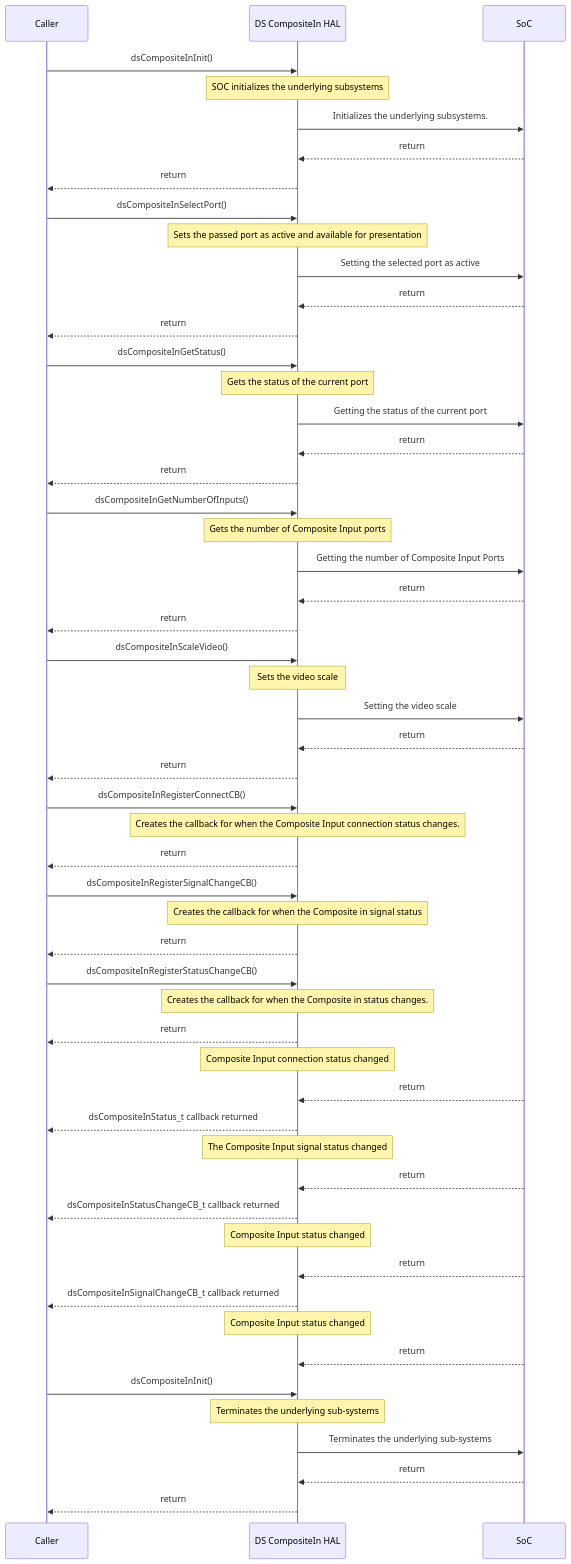
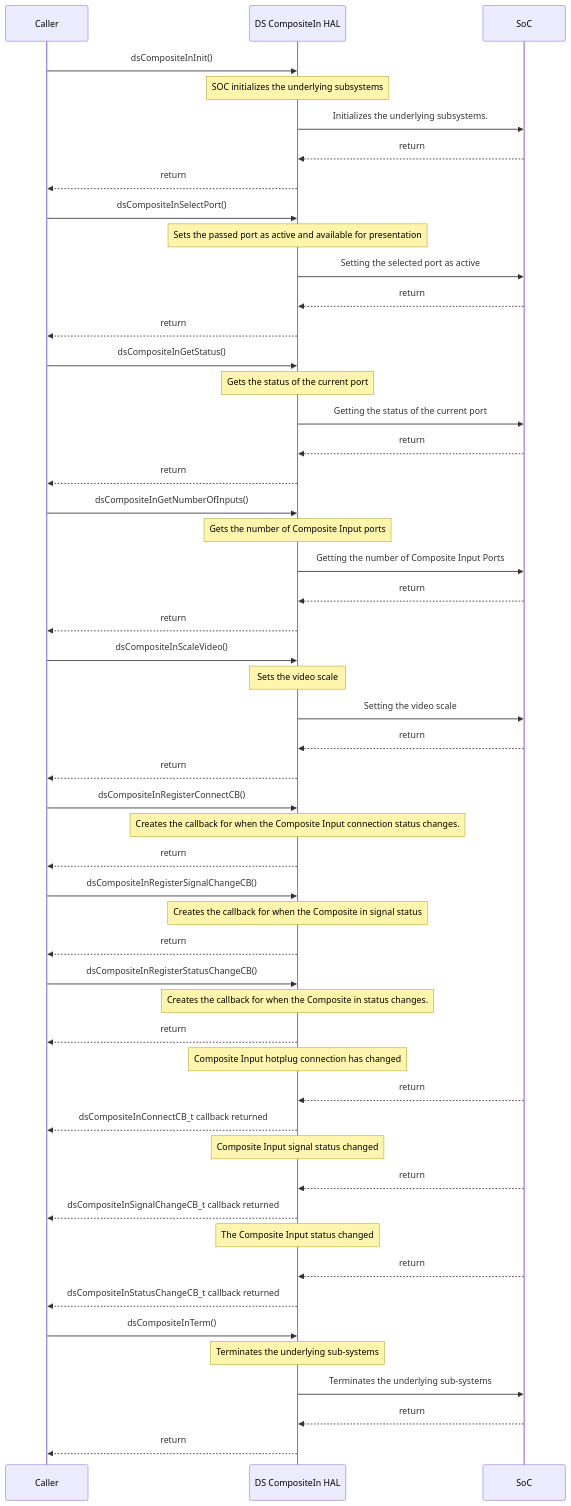
Before and after one commit to rdkcentral/rdk-halif-device_settings: the second of 2 diagrams in docs/pages/ds-composite-in_halSpec.md, drawn with Mermaid. The commit also changed other lines of this file and 2 other files, not shown here.

Commit message:
Update addressing compositeIn comments

````diff
--- a/docs/pages/ds-composite-in_halSpec.md
+++ b/docs/pages/ds-composite-in_halSpec.md
@@ -174,57 +173,55 @@
 ```mermaid
 %%{ init : { "theme" : "default", "flowchart" : { "curve" : "stepBefore" }}}%%
    sequenceDiagram
     participant Caller as Caller
     participant HAL as DS CompositeIn HAL
     participant Driver as SoC
     Caller->>HAL:dsCompositeInInit()
     Note over HAL: SOC initializes the underlying subsystems
     HAL->>Driver:Initializes the underlying subsystems.
     Driver-->>HAL:return
     HAL-->>Caller:return
     Caller->>HAL:dsCompositeInSelectPort()
     Note over HAL: Sets the passed port as active and available for presentation
     HAL->>Driver:Setting the selected port as active
     Driver-->>HAL:return
     HAL-->>Caller:return
     Caller->>HAL:dsCompositeInGetStatus()
     Note over HAL: Gets the status of the current port
     HAL->>Driver:Getting the status of the current port
     Driver-->>HAL:return
     HAL-->>Caller:return
     Caller->>HAL:dsCompositeInGetNumberOfInputs()
     Note over HAL: Gets the number of Composite Input ports
     HAL->>Driver:Getting the number of Composite Input Ports
     Driver-->>HAL:return
     HAL-->>Caller:return
     Caller->>HAL:dsCompositeInScaleVideo()
     Note over HAL: Sets the video scale
     HAL->>Driver:Setting the video scale
     Driver-->>HAL:return
     HAL-->>Caller:return
     Caller->>HAL:dsCompositeInRegisterConnectCB()
     Note over HAL: Creates the callback for when the Composite Input connection status changes.
     HAL-->>Caller:return
     Caller->>HAL:dsCompositeInRegisterSignalChangeCB()
     Note over HAL: Creates the callback for when the Composite in signal status 
     HAL-->>Caller:return
     Caller->>HAL:dsCompositeInRegisterStatusChangeCB()
     Note over HAL: Creates the callback for when the Composite in status changes.
     HAL-->>Caller:return
-    Note over HAL: Composite Input connection status changed
+    Note over HAL: Composite Input hotplug connection has changed
     Driver-->>HAL:return
-    HAL-->>Caller:dsCompositeInStatus_t callback returned
-    Note over HAL: The Composite Input signal status changed
+    HAL-->>Caller:dsCompositeInConnectCB_t callback returned
+    Note over HAL: Composite Input signal status changed
+    Driver-->>HAL:return
+    HAL-->>Caller:dsCompositeInSignalChangeCB_t callback returned
+    Note over HAL: The Composite Input status changed
     Driver-->>HAL:return
     HAL-->>Caller:dsCompositeInStatusChangeCB_t callback returned
-    Note over HAL: Composite Input status changed
-    Driver-->>HAL:return
-    HAL-->>Caller:dsCompositeInSignalChangeCB_t callback returned
-    Note over HAL: Composite Input status changed
-    Driver-->>HAL:return
-    Caller ->>HAL:dsCompositeInInit()
+    Caller ->>HAL:dsCompositeInTerm()
     Note over HAL: Terminates the underlying sub-systems
     HAL->>Driver:Terminates the underlying sub-systems
     Driver-->>HAL:return
     HAL-->>Caller:return
  ```
````
